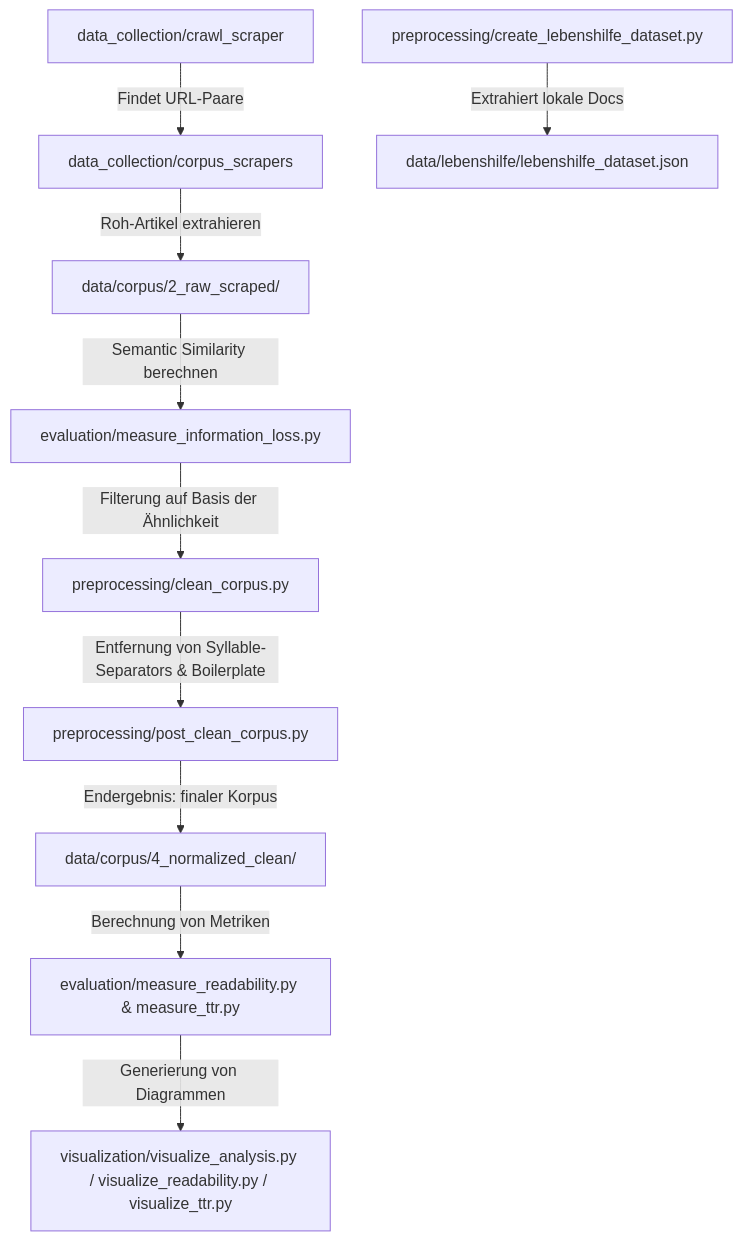
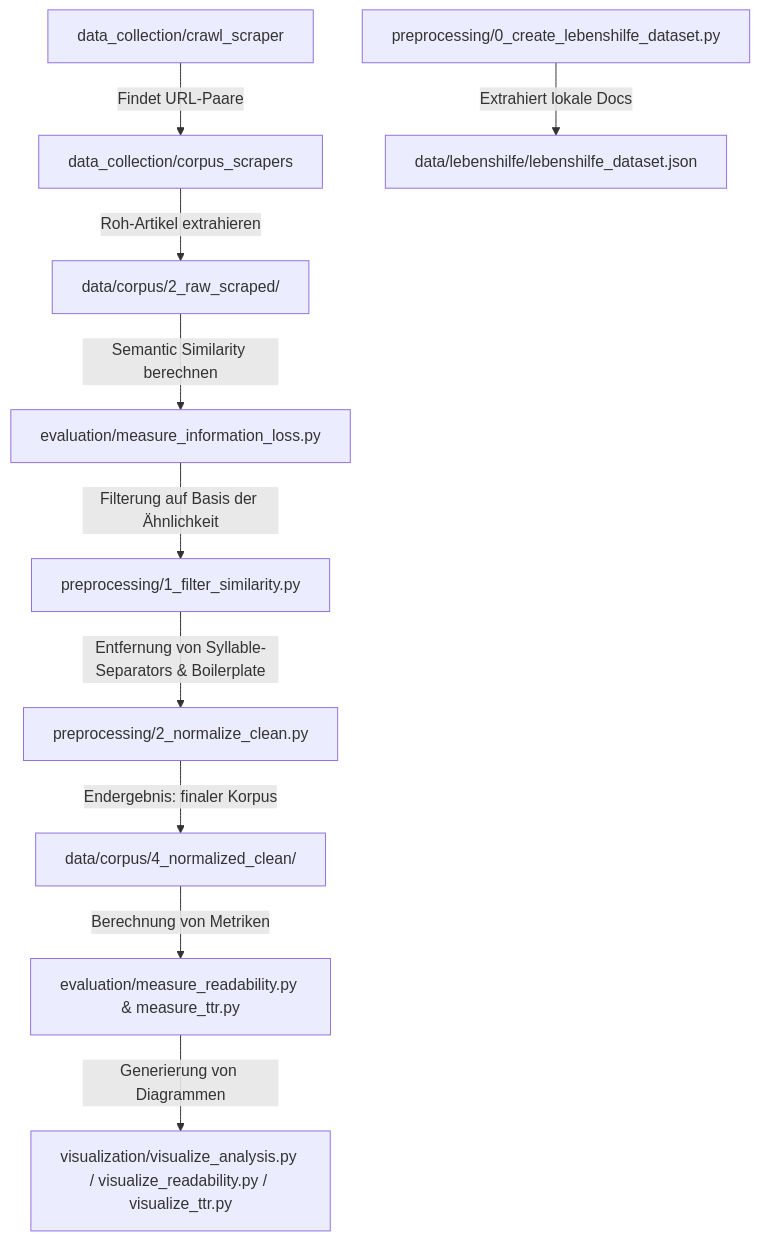
One commit to mcfiet/master-thesis changed the diagram in README.md. Above: the diagram before and after it, drawn with Mermaid. The commit also changed other lines of this file and 7 other files, not shown here.

````diff
--- a/README.md
+++ b/README.md
@@ -108,12 +108,12 @@
 ```mermaid
 graph TD
     A[data_collection/crawl_scraper] -->|Findet URL-Paare| B[data_collection/corpus_scrapers]
     B -->|Roh-Artikel extrahieren| C[data/corpus/2_raw_scraped/]
-    D[preprocessing/create_lebenshilfe_dataset.py] -->|Extrahiert lokale Docs| E[data/lebenshilfe/lebenshilfe_dataset.json]
+    D[preprocessing/0_create_lebenshilfe_dataset.py] -->|Extrahiert lokale Docs| E[data/lebenshilfe/lebenshilfe_dataset.json]
     C -->|Semantic Similarity berechnen| F[evaluation/measure_information_loss.py]
-    F -->|Filterung auf Basis der Ähnlichkeit| G[preprocessing/clean_corpus.py]
-    G -->|Entfernung von Syllable-Separators & Boilerplate| H[preprocessing/post_clean_corpus.py]
+    F -->|Filterung auf Basis der Ähnlichkeit| G[preprocessing/1_filter_similarity.py]
+    G -->|Entfernung von Syllable-Separators & Boilerplate| H[preprocessing/2_normalize_clean.py]
     H -->|Endergebnis: finaler Korpus| I[data/corpus/4_normalized_clean/]
     I -->|Berechnung von Metriken| J[evaluation/measure_readability.py & measure_ttr.py]
     J -->|Generierung von Diagrammen| K[visualization/visualize_analysis.py / visualize_readability.py / visualize_ttr.py]
 ```
````
